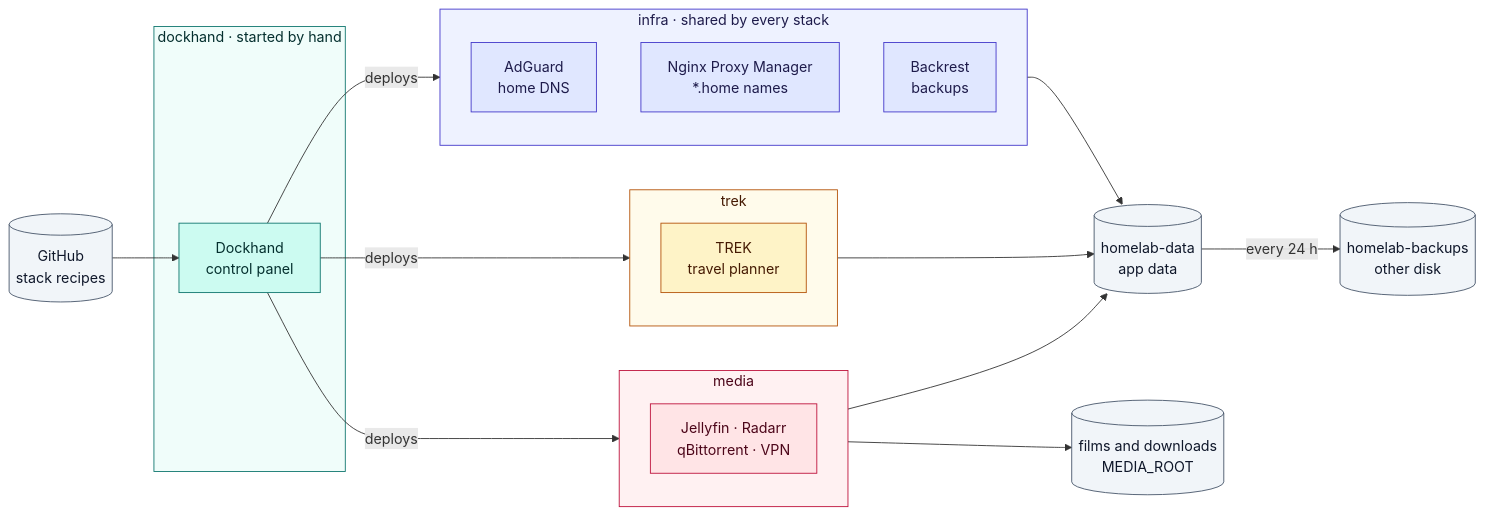
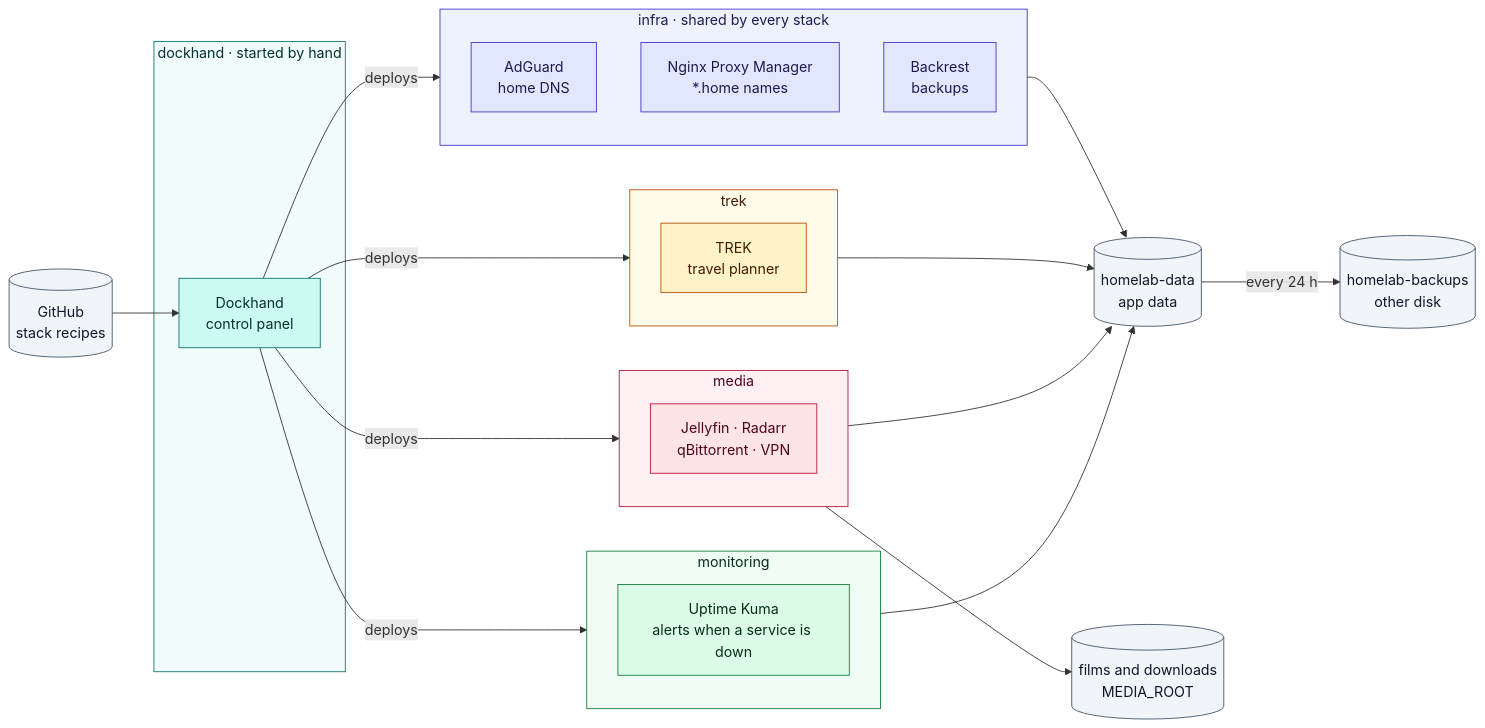
The diagram in README.md (c4rl0s04/homelab), drawn with Mermaid before and after one commit. The commit also changed other lines of this file and 3 other files, not shown here.

Commit message:
feat: add monitoring stack with Uptime Kuma and record the roadmap

````diff
--- a/README.md
+++ b/README.md
@@ -7,48 +7,56 @@
 ```mermaid
 flowchart LR
   git[("GitHub<br/>stack recipes")]
 
   subgraph DOCKHAND["dockhand · started by hand"]
     dockhand["Dockhand<br/>control panel"]
   end
 
   subgraph INFRA["infra · shared by every stack"]
     adguard["AdGuard<br/>home DNS"]
     npm["Nginx Proxy Manager<br/>*.home names"]
     backrest["Backrest<br/>backups"]
   end
 
   subgraph TREK["trek"]
     trek["TREK<br/>travel planner"]
   end
 
+  subgraph MONITORING["monitoring"]
+    kuma["Uptime Kuma<br/>alerts when a service is down"]
+  end
+
   subgraph MEDIA["media"]
     media["Jellyfin · Radarr<br/>qBittorrent · VPN"]
   end
 
   data[("homelab-data<br/>app data")]
   backups[("homelab-backups<br/>other disk")]
 
   git --> dockhand
   dockhand -- deploys --> INFRA
   dockhand -- deploys --> TREK
   dockhand -- deploys --> MEDIA
-  INFRA & TREK & MEDIA --> data
+  dockhand -- deploys --> MONITORING
+  INFRA & TREK & MEDIA & MONITORING --> data
   MEDIA --> films[("films and downloads<br/>MEDIA_ROOT")]
   data -- every 24 h --> backups
 
   classDef manager fill:#ccfbf1,stroke:#0f766e,color:#042f2e
   classDef infra fill:#e0e7ff,stroke:#4338ca,color:#1e1b4b
   classDef trek fill:#fef3c7,stroke:#b45309,color:#451a03
   classDef media fill:#ffe4e6,stroke:#be123c,color:#4c0519
+  classDef monitoring fill:#dcfce7,stroke:#15803d,color:#052e16
   classDef storage fill:#f1f5f9,stroke:#475569,color:#0f172a
   class dockhand manager
   class adguard,npm,backrest infra
   class trek trek
   class media media
+  class kuma monitoring
   class git,data,backups,films storage
   style DOCKHAND fill:#f0fdfa,stroke:#0f766e,color:#042f2e
   style INFRA fill:#eef2ff,stroke:#4338ca,color:#1e1b4b
   style TREK fill:#fffbeb,stroke:#b45309,color:#451a03
   style MEDIA fill:#fff1f2,stroke:#be123c,color:#4c0519
+  style MONITORING fill:#f0fdf4,stroke:#15803d,color:#052e16
 ```
````
